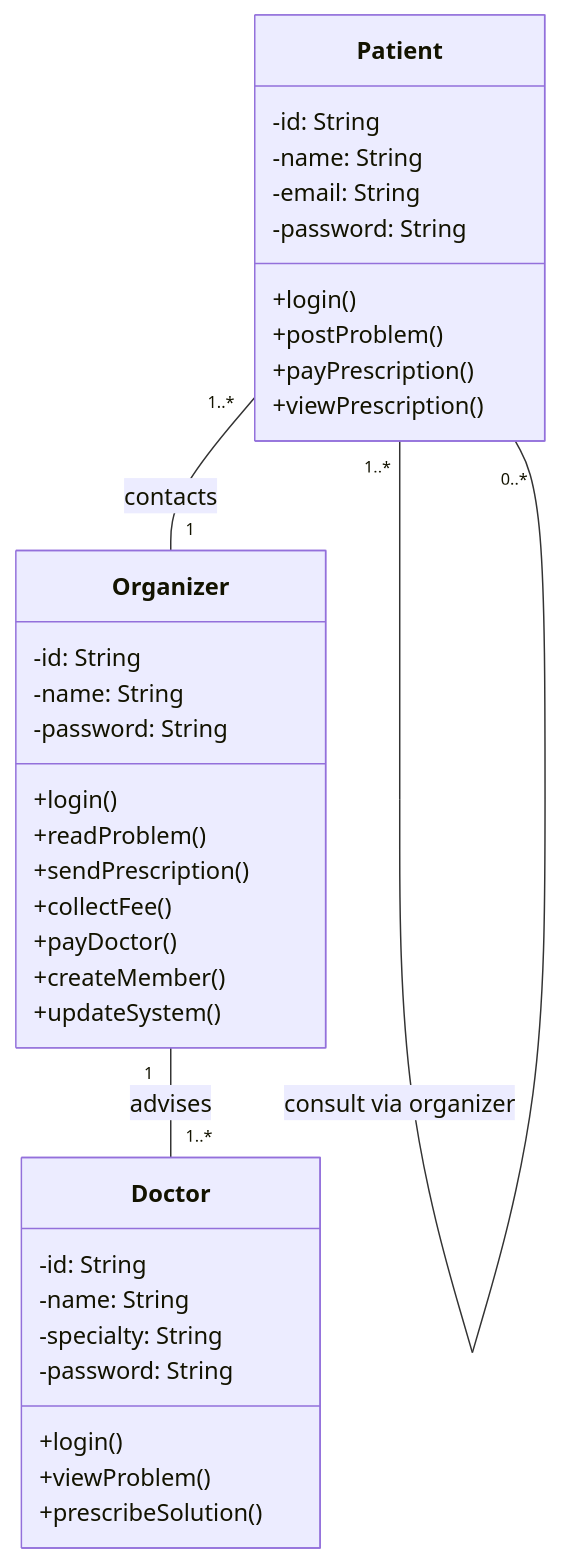
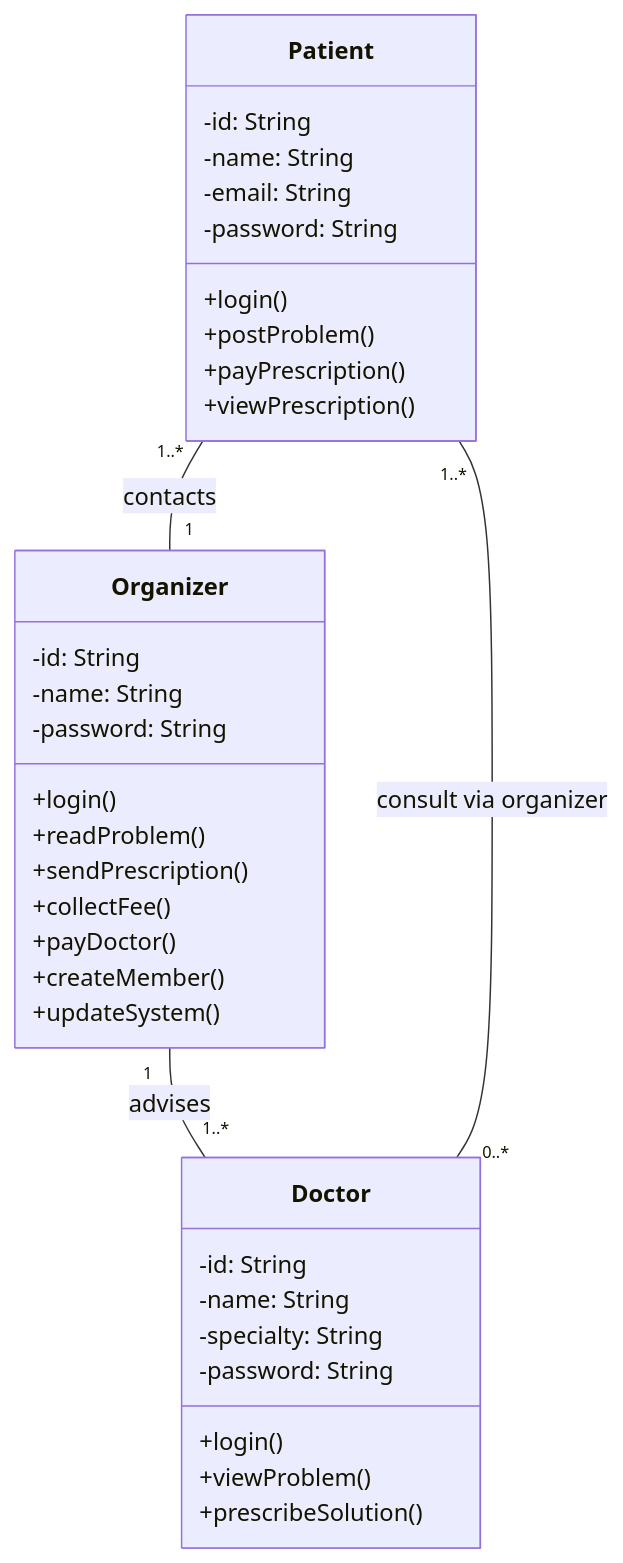
Before and after one commit to AlixBauret28/Practice_OOP_ULM: the first of 6 diagrams in exo1_hospital.md, drawn with Mermaid.

````diff
--- a/exo1_hospital.md
+++ b/exo1_hospital.md
@@ -6,40 +6,40 @@
 ```mermaid
 classDiagram
     class Patient {
         -id: String
         -name: String
         -email: String
         -password: String
         +login()
         +postProblem()
         +payPrescription()
         +viewPrescription()
     }
 
     class Doctor {
         -id: String
         -name: String
         -specialty: String
         -password: String
         +login()
         +viewProblem()
         +prescribeSolution()
     }
 
     class Organizer {
         -id: String
         -name: String
         -password: String
         +login()
         +readProblem()
         +sendPrescription()
         +collectFee()
         +payDoctor()
         +createMember()
         +updateSystem()
     }
 
     Patient "1..*" -- "1" Organizer : contacts
     Organizer "1" -- "1..*" Doctor : advises
-    Patient "1..*" -- "0..*" Patient : consult via organizer
+    Patient "1..*" -- "0..*" Doctor : consult via organizer
 ```
````
